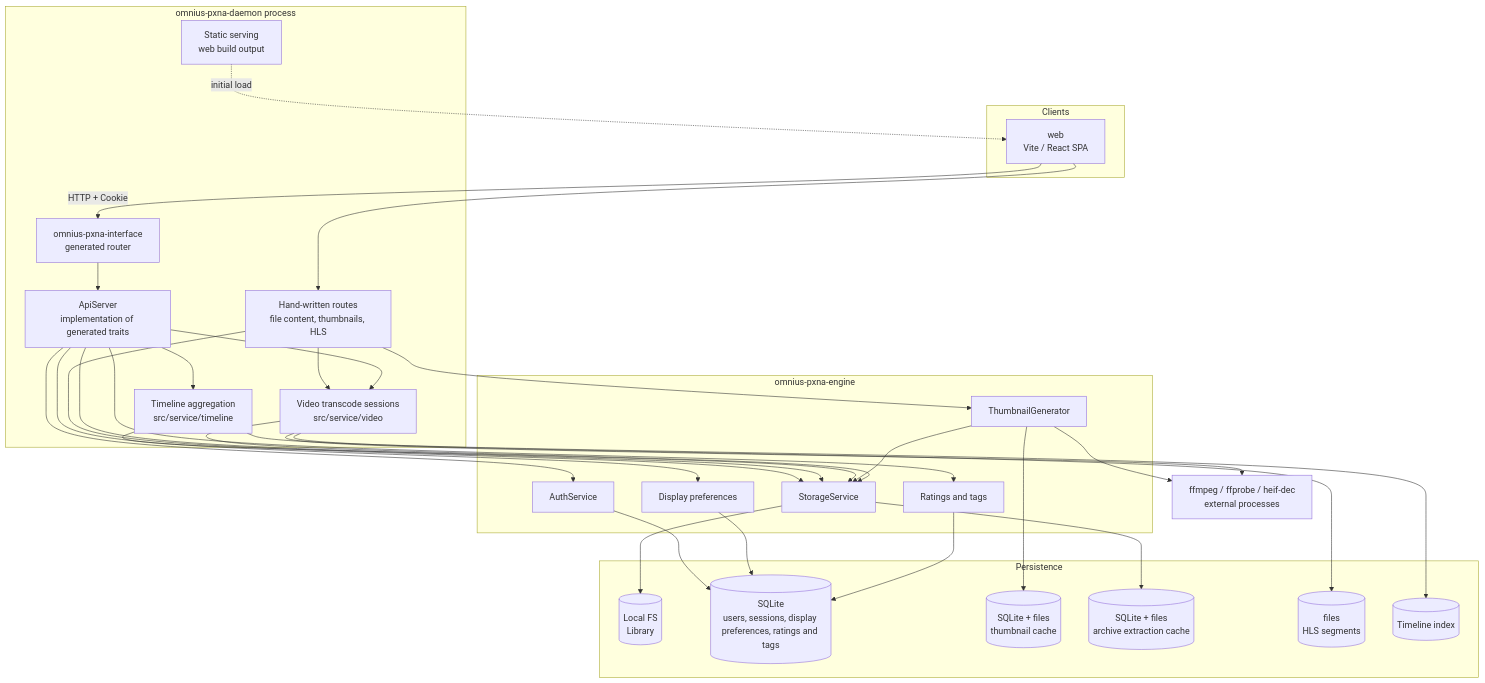
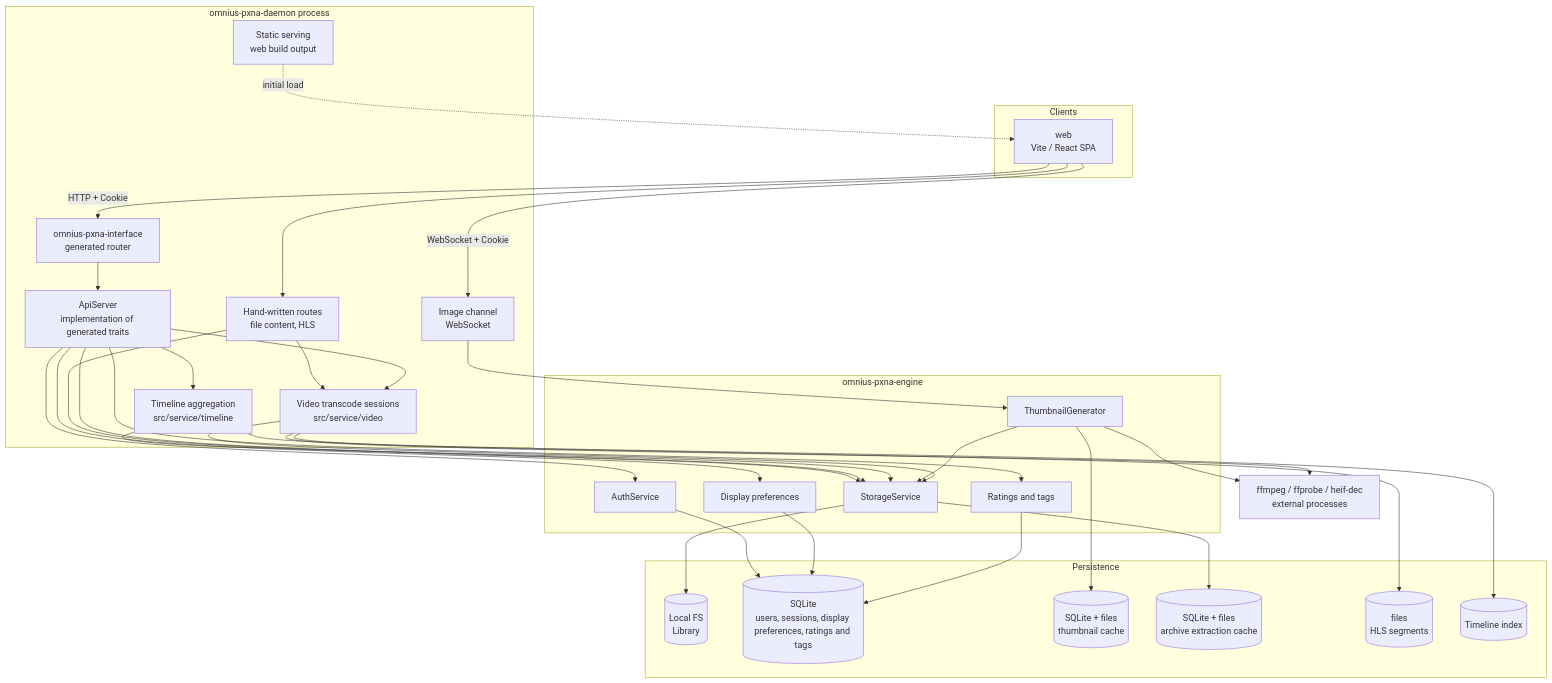
The first of 3 diagrams in docs/design.md (omnius-labs/pxna), drawn with Mermaid before and after one commit. The commit also changed other lines of this file and 133 other files, not shown here.

````diff
--- a/docs/design.md
+++ b/docs/design.md
@@ -108,61 +110,63 @@
 ```mermaid
 flowchart TB
     subgraph clients["Clients"]
         web["web<br/>Vite / React SPA"]
     end
 
     subgraph daemonproc["omnius-pxna-daemon process"]
         static["Static serving<br/>web build output"]
         iface["omnius-pxna-interface<br/>generated router"]
-        stream["Hand-written routes<br/>file content, thumbnails, HLS"]
+        stream["Hand-written routes<br/>file content, HLS"]
+        channel["Image channel<br/>WebSocket"]
         handler["ApiServer<br/>implementation of generated traits"]
         video["Video transcode sessions<br/>src/service/video"]
         timeline["Timeline aggregation<br/>src/service/timeline"]
     end
 
     subgraph engine["omnius-pxna-engine"]
         fs["StorageService"]
         thumb["ThumbnailGenerator"]
         auth["AuthService"]
         prefs["Display preferences"]
         ratings["Ratings and tags"]
     end
 
     ffmpeg["ffmpeg / ffprobe / heif-dec<br/>external processes"]
 
     subgraph persist["Persistence"]
         localfs[("Local FS<br/>Library")]
         sqlite[("SQLite<br/>users, sessions, display preferences, ratings and tags")]
         thumbcache[("SQLite + files<br/>thumbnail cache")]
         archivecache[("SQLite + files<br/>archive extraction cache")]
         segments[("files<br/>HLS segments")]
         timelineidx[("Timeline index")]
     end
 
     web -->|"HTTP + Cookie"| iface
     web --> stream
+    web -->|"WebSocket + Cookie"| channel
     static -.->|"initial load"| web
     iface --> handler
     stream --> fs
-    stream --> thumb
+    channel --> thumb
     stream --> video
     handler --> fs
     handler --> video
     handler --> auth
     handler --> prefs
     handler --> ratings
     handler --> timeline
     timeline --> fs
     timeline --> timelineidx
     thumb --> fs
     video --> fs
     thumb --> ffmpeg
     video --> ffmpeg
     fs --> localfs
     fs --> archivecache
     thumb --> thumbcache
     video --> segments
     auth --> sqlite
     prefs --> sqlite
     ratings --> sqlite
 ```
````
